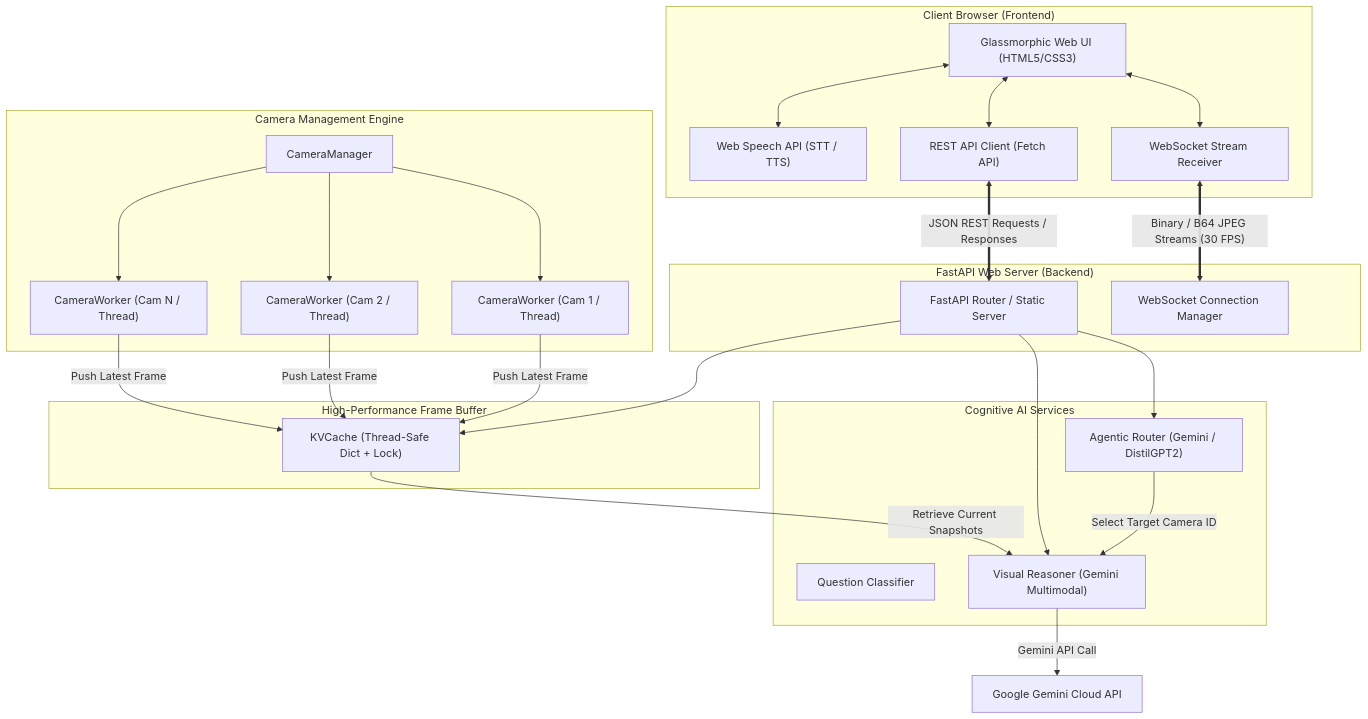
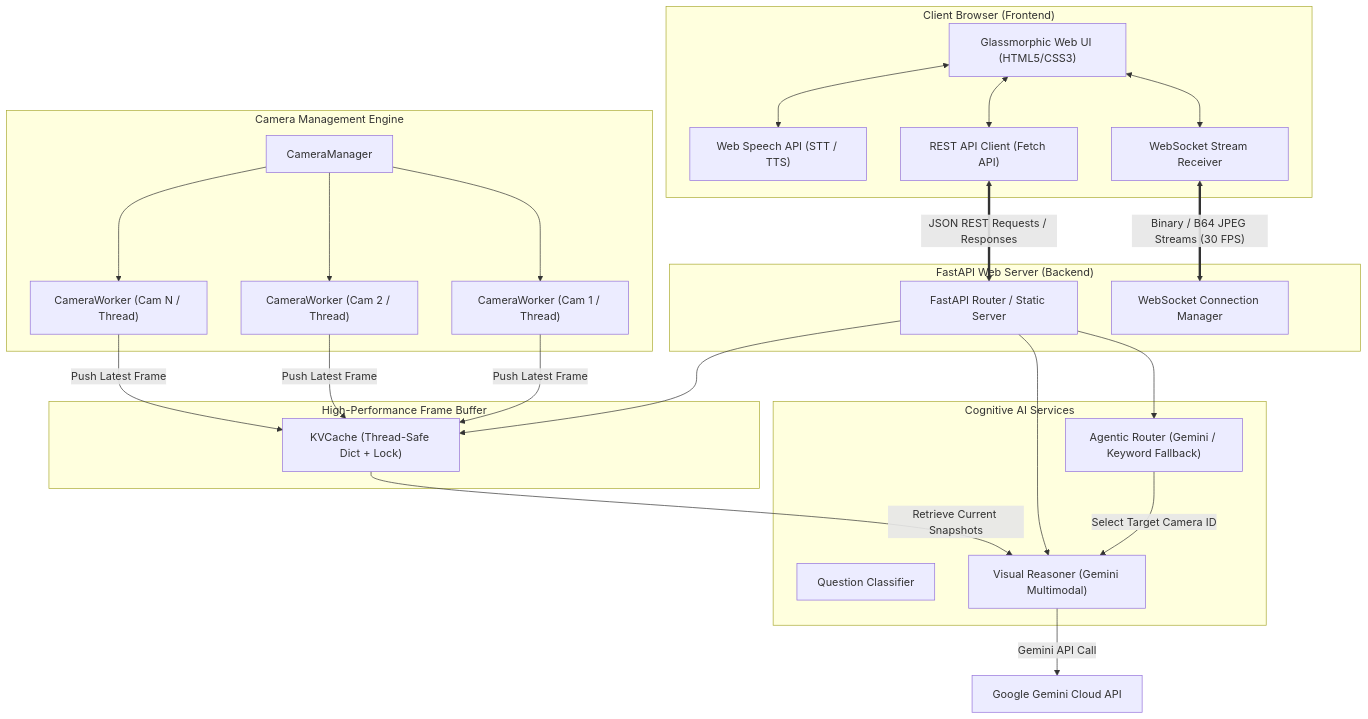
Before and after one commit to benny-daniel6/VisionX_Major-Project: the first of 2 diagrams in README.md, drawn with Mermaid. The commit also changed other lines of this file and 21 other files, not shown here.

First line of the commit message:
Add benchmarks and results; update router, Gemini service and UI

````diff
--- a/README.md
+++ b/README.md
@@ -42,54 +42,54 @@
 ```mermaid
 flowchart TB
     subgraph Client ["Client Browser (Frontend)"]
         UI["Glassmorphic Web UI (HTML5/CSS3)"]
         VoiceEngine["Web Speech API (STT / TTS)"]
         WSClient["WebSocket Stream Receiver"]
         RestClient["REST API Client (Fetch API)"]
     end
 
     subgraph Gateway ["FastAPI Web Server (Backend)"]
         AppServer["FastAPI Router / Static Server"]
         WSManager["WebSocket Connection Manager"]
     end
 
     subgraph Memory ["High-Performance Frame Buffer"]
         Cache["KVCache (Thread-Safe Dict + Lock)"]
     end
 
     subgraph CaptureEngine ["Camera Management Engine"]
         Manager["CameraManager"]
         Worker1["CameraWorker (Cam 1 / Thread)"]
         Worker2["CameraWorker (Cam 2 / Thread)"]
         WorkerN["CameraWorker (Cam N / Thread)"]
     end
 
     subgraph AIService ["Cognitive AI Services"]
         Classifier["Question Classifier"]
-        Router["Agentic Router (Gemini / DistilGPT2)"]
+        Router["Agentic Router (Gemini / Keyword Fallback)"]
         Reasoner["Visual Reasoner (Gemini Multimodal)"]
     end
 
     UI <--> WSClient
     UI <--> RestClient
     UI <--> VoiceEngine
 
     WSClient <== "Binary / B64 JPEG Streams (30 FPS)" ==> WSManager
     RestClient <== "JSON REST Requests / Responses" ==> AppServer
 
     AppServer --> Router
     AppServer --> Reasoner
     AppServer --> Cache
 
     Manager --> Worker1
     Manager --> Worker2
     Manager --> WorkerN
 
     Worker1 -- "Push Latest Frame" --> Cache
     Worker2 -- "Push Latest Frame" --> Cache
     WorkerN -- "Push Latest Frame" --> Cache
 
     Cache -- "Retrieve Current Snapshots" --> Reasoner
     Router -- "Select Target Camera ID" --> Reasoner
     Reasoner -- "Gemini API Call" --> ExternalGemini["Google Gemini Cloud API"]
 ```
````
